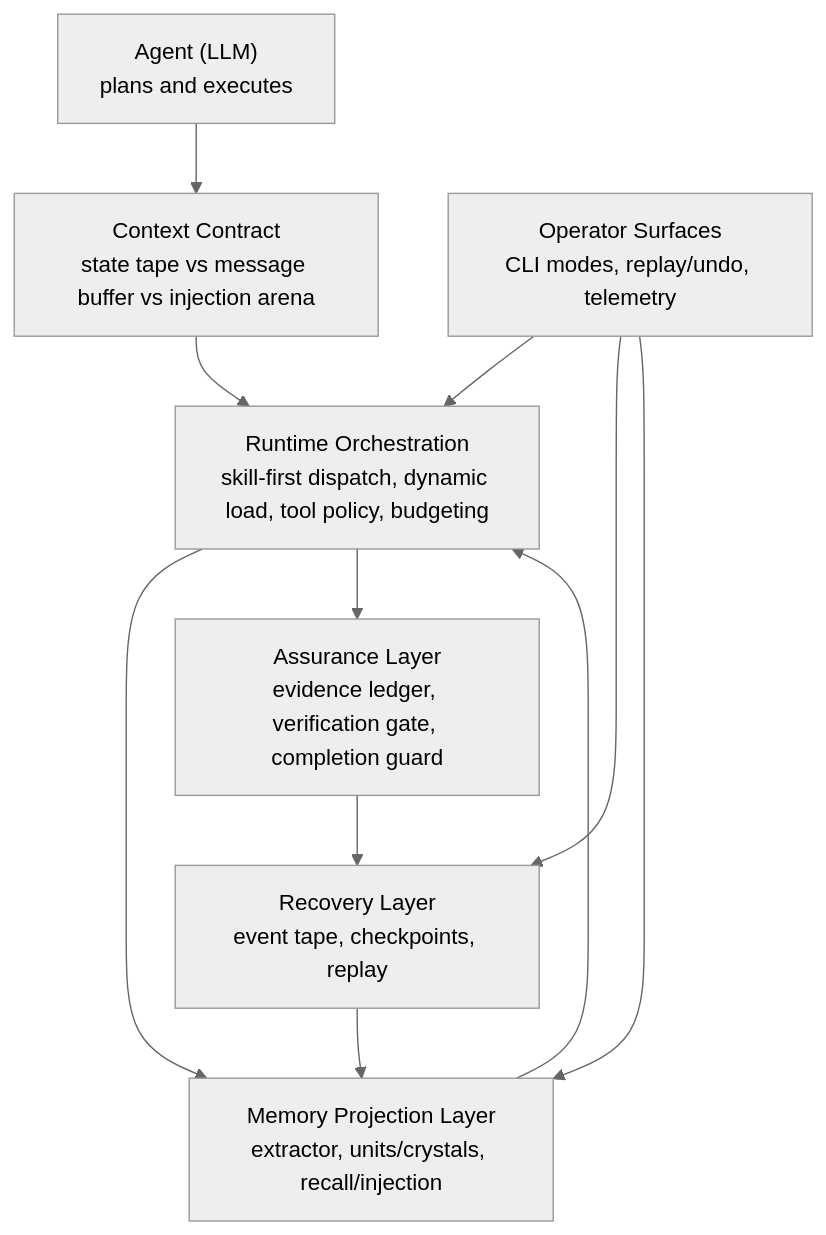
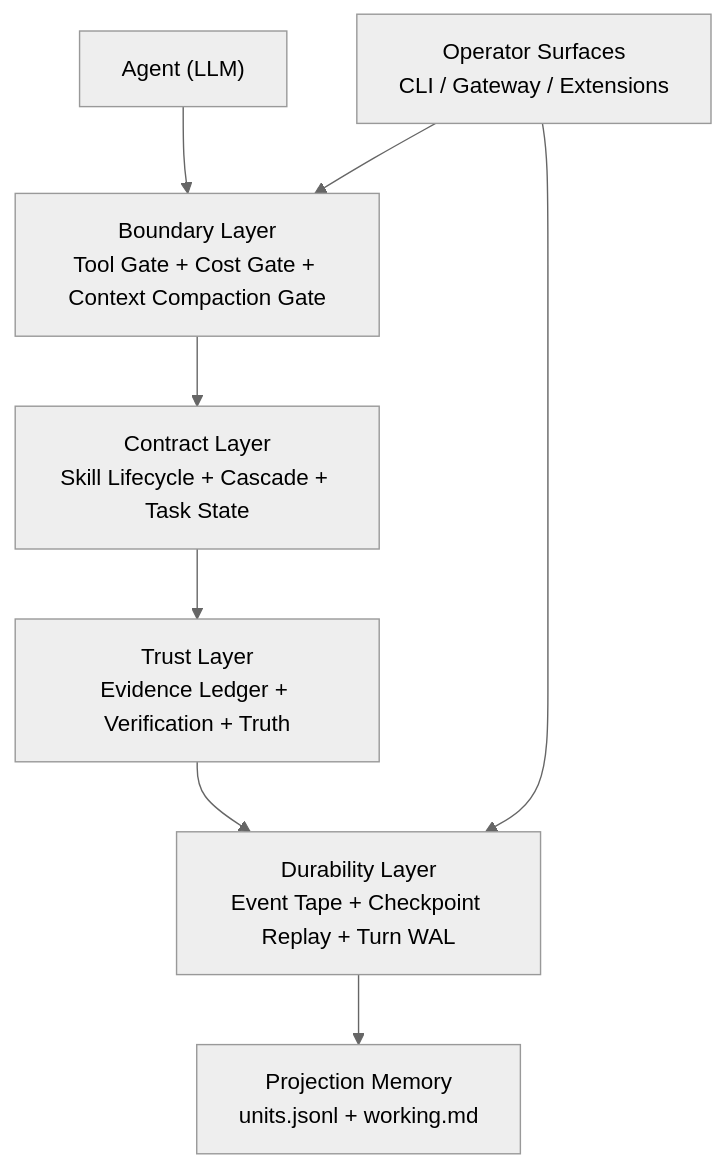
Before and after one commit to arcthur/brewva: the diagram in README.md, drawn with Mermaid (neutral theme). The commit also changed other lines of this file and 174 other files, not shown here.

````diff
--- a/README.md
+++ b/README.md
@@ -40,21 +34,18 @@
 ```mermaid
 flowchart TD
-  AGENT["Agent (LLM)<br>plans and executes"]
-  CONTRACT["Context Contract<br>state tape vs message buffer vs injection arena"]
-  ORCH["Runtime Orchestration<br>skill-first dispatch, dynamic load, tool policy, budgeting"]
-  MEMORY["Memory Projection Layer<br>extractor, units/crystals, recall/injection"]
-  ASSURE["Assurance Layer<br>evidence ledger, verification gate, completion guard"]
-  RECOVERY["Recovery Layer<br>event tape, checkpoints, replay"]
-  SURFACES["Operator Surfaces<br>CLI modes, replay/undo, telemetry"]
+  AGENT["Agent (LLM)"]
+  TRUST["Trust Layer<br/>Evidence Ledger + Verification + Truth"]
+  BOUNDARY["Boundary Layer<br/>Tool Gate + Cost Gate + Context Compaction Gate"]
+  CONTRACT["Contract Layer<br/>Skill Lifecycle + Cascade + Task State"]
+  DURABILITY["Durability Layer<br/>Event Tape + Checkpoint Replay + Turn WAL"]
+  MEMORY["Projection Memory<br/>units.jsonl + working.md"]
+  UX["Operator Surfaces<br/>CLI / Gateway / Extensions"]
 
-  AGENT --> CONTRACT
-  CONTRACT --> ORCH
-  ORCH --> MEMORY
-  MEMORY --> ORCH
-  ORCH --> ASSURE
-  ASSURE --> RECOVERY
-  RECOVERY --> MEMORY
-  SURFACES --> ORCH
-  SURFACES --> RECOVERY
-  SURFACES --> MEMORY
+  AGENT --> BOUNDARY
+  BOUNDARY --> CONTRACT
+  CONTRACT --> TRUST
+  TRUST --> DURABILITY
+  DURABILITY --> MEMORY
+  UX --> BOUNDARY
+  UX --> DURABILITY
 ```
````
